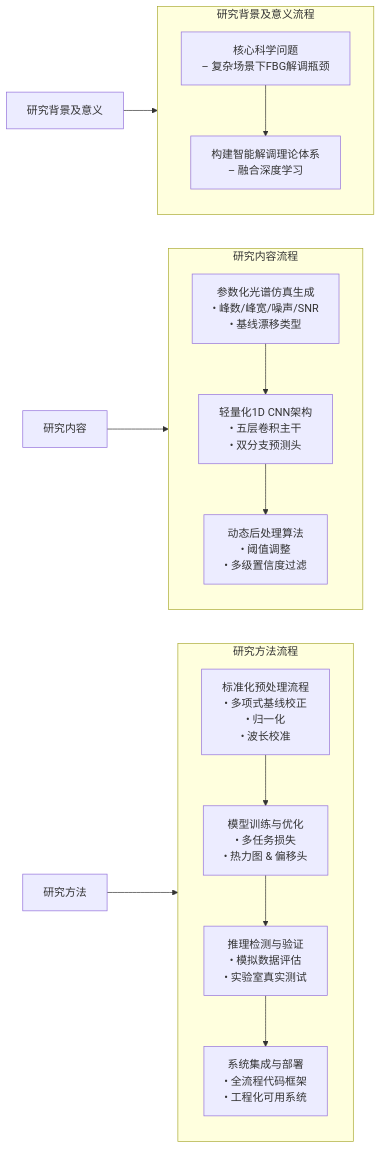
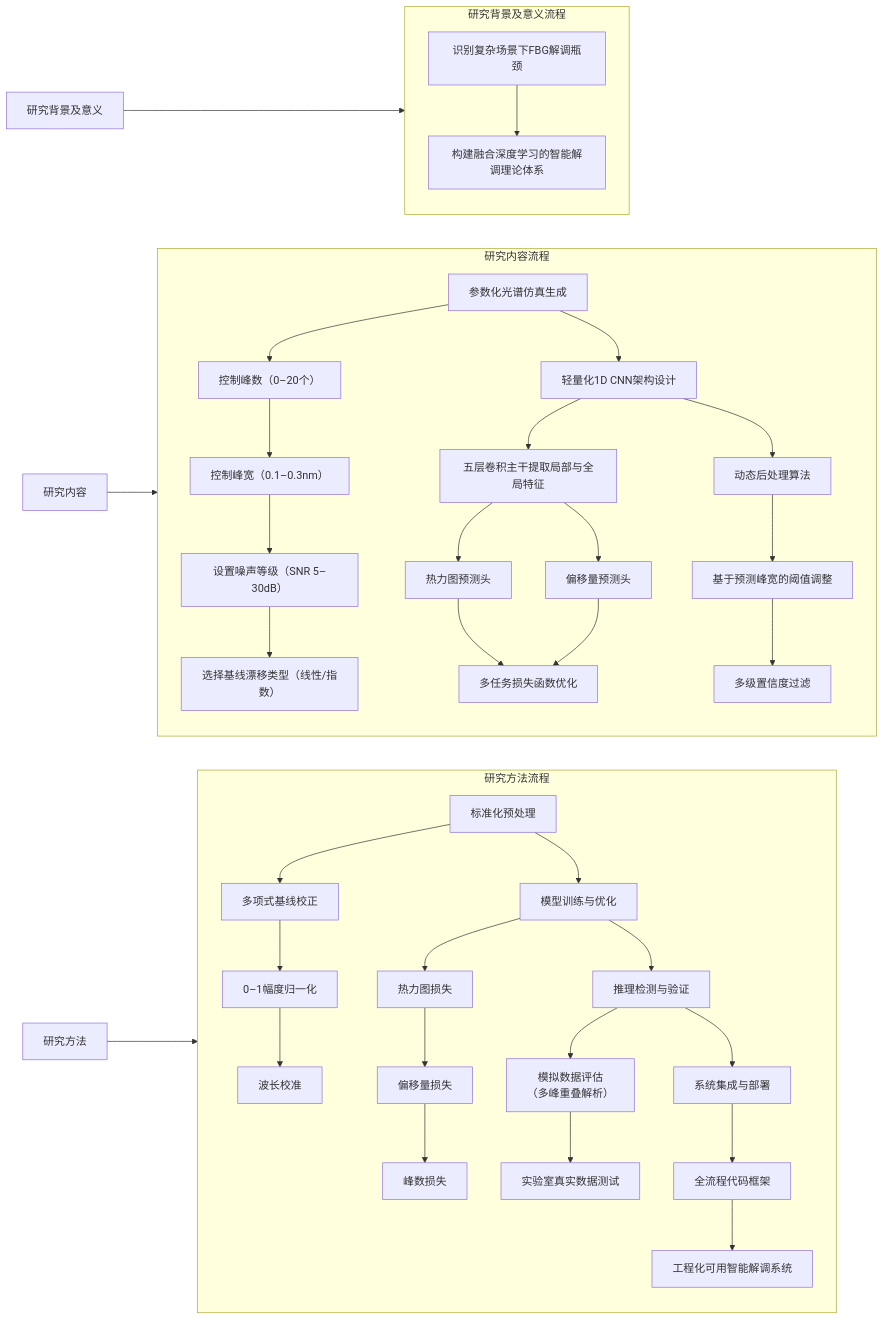
One commit to Chaccccccc/iodraw-files changed the diagram in all/未命名-1.md. Above: the diagram before and after it, drawn with Mermaid.

Commit message:
2025-05-24 12:50:46 update

````diff
--- a/all/未命名-1.md
+++ b/all/未命名-1.md
@@ -1,38 +1,79 @@
 ```mermaid
 flowchart LR
     %% 左侧：模块名称
     M1["研究背景及意义"]
     M2["研究内容"]
     M3["研究方法"]
 
-    %% 模块一的流程图（子图）
+    %% 模块一的流程图
     subgraph M1G["研究背景及意义流程"]
         direction TB
-        A1["核心科学问题\n– 复杂场景下FBG解调瓶颈"] --> A2["构建智能解调理论体系\n– 融合深度学习"]
+        A1["识别复杂场景下FBG解调瓶颈"]
+        A2["构建融合深度学习的智能解调理论体系"]
+        A1 --> A2
     end
 
-    %% 模块二的流程图（子图）
+    %% 模块二的流程图
     subgraph M2G["研究内容流程"]
         direction TB
-        B1["参数化光谱仿真生成\n• 峰数/峰宽/噪声/SNR\n• 基线漂移类型"]
-        B2["轻量化1D CNN架构\n• 五层卷积主干\n• 双分支预测头"]
-        B3["动态后处理算法\n• 阈值调整\n• 多级置信度过滤"]
-        B1 --> B2 --> B3
+        B1Start["参数化光谱仿真生成"]
+        B1a["控制峰数（0–20个）"]
+        B1b["控制峰宽（0.1–0.3nm）"]
+        B1c["设置噪声等级（SNR 5–30dB）"]
+        B1d["选择基线漂移类型（线性/指数）"]
+        B1Start --> B1a --> B1b --> B1c --> B1d
+
+        B2Start["轻量化1D CNN架构设计"]
+        B2a["五层卷积主干提取局部与全局特征"]
+        B2b["热力图预测头"]
+        B2c["偏移量预测头"]
+        B2d["多任务损失函数优化"]
+        B2Start --> B2a --> B2b
+        B2a --> B2c
+        B2b --> B2d
+        B2c --> B2d
+
+        B3Start["动态后处理算法"]
+        B3a["基于预测峰宽的阈值调整"]
+        B3b["多级置信度过滤"]
+        B3Start --> B3a --> B3b
+
+        %% 按顺序展开
+        B1Start --> B2Start --> B3Start
     end
 
-    %% 模块三的流程图（子图）
+    %% 模块三的流程图
     subgraph M3G["研究方法流程"]
         direction TB
-        C1["标准化预处理流程\n• 多项式基线校正\n• 归一化\n• 波长校准"]
-        C2["模型训练与优化\n• 多任务损失\n• 热力图 & 偏移头"]
-        C3["推理检测与验证\n• 模拟数据评估\n• 实验室真实测试"]
-        C4["系统集成与部署\n• 全流程代码框架\n• 工程化可用系统"]
-        C1 --> C2 --> C3 --> C4
+        C1Start["标准化预处理"]
+        C1a["多项式基线校正"]
+        C1b["0–1幅度归一化"]
+        C1c["波长校准"]
+        C1Start --> C1a --> C1b --> C1c
+
+        C2Start["模型训练与优化"]
+        C2a["热力图损失"]
+        C2b["偏移量损失"]
+        C2c["峰数损失"]
+        C2Start --> C2a --> C2b --> C2c
+
+        C3Start["推理检测与验证"]
+        C3a["模拟数据评估\n（多峰重叠解析）"]
+        C3b["实验室真实数据测试"]
+        C3Start --> C3a --> C3b
+
+        C4Start["系统集成与部署"]
+        C4a["全流程代码框架"]
+        C4b["工程化可用智能解调系统"]
+        C4Start --> C4a --> C4b
+
+        %% 串联整体流程
+        C1Start --> C2Start --> C3Start --> C4Start
     end
 
-    %% 连线：模块 → 对应子图
+    %% 模块 → 子图
     M1 --> M1G
     M2 --> M2G
     M3 --> M3G
 
 ```
````
